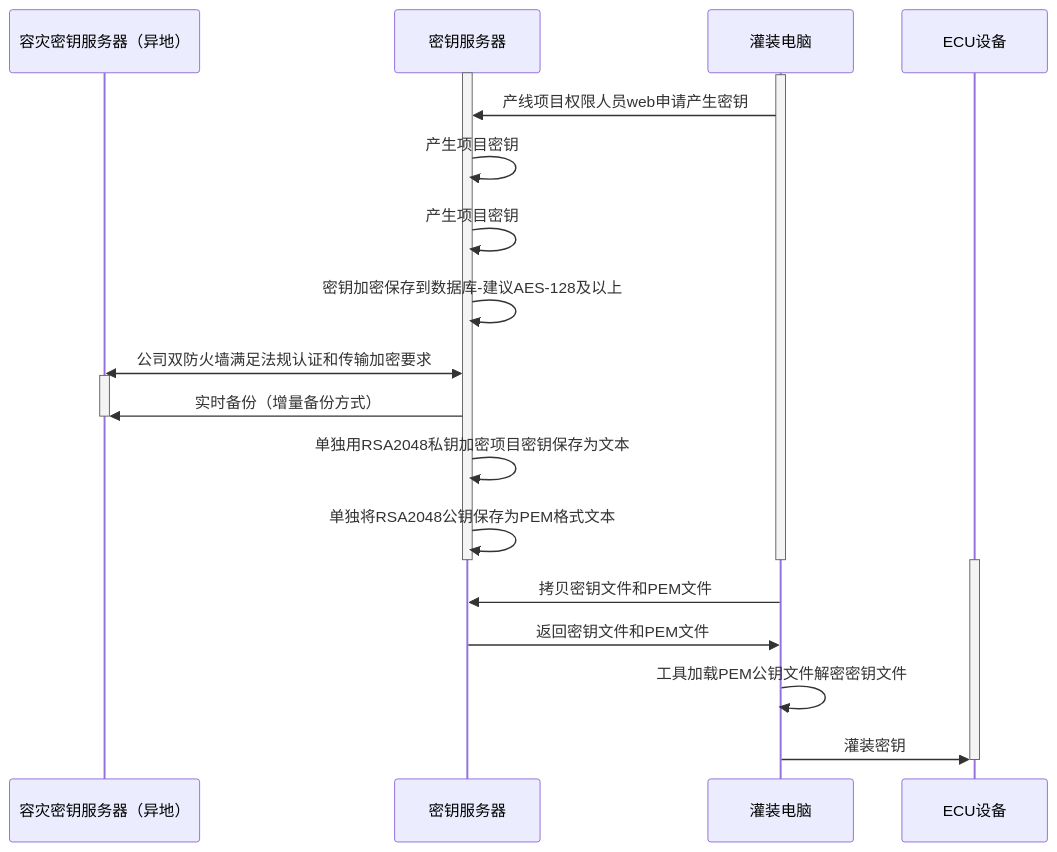
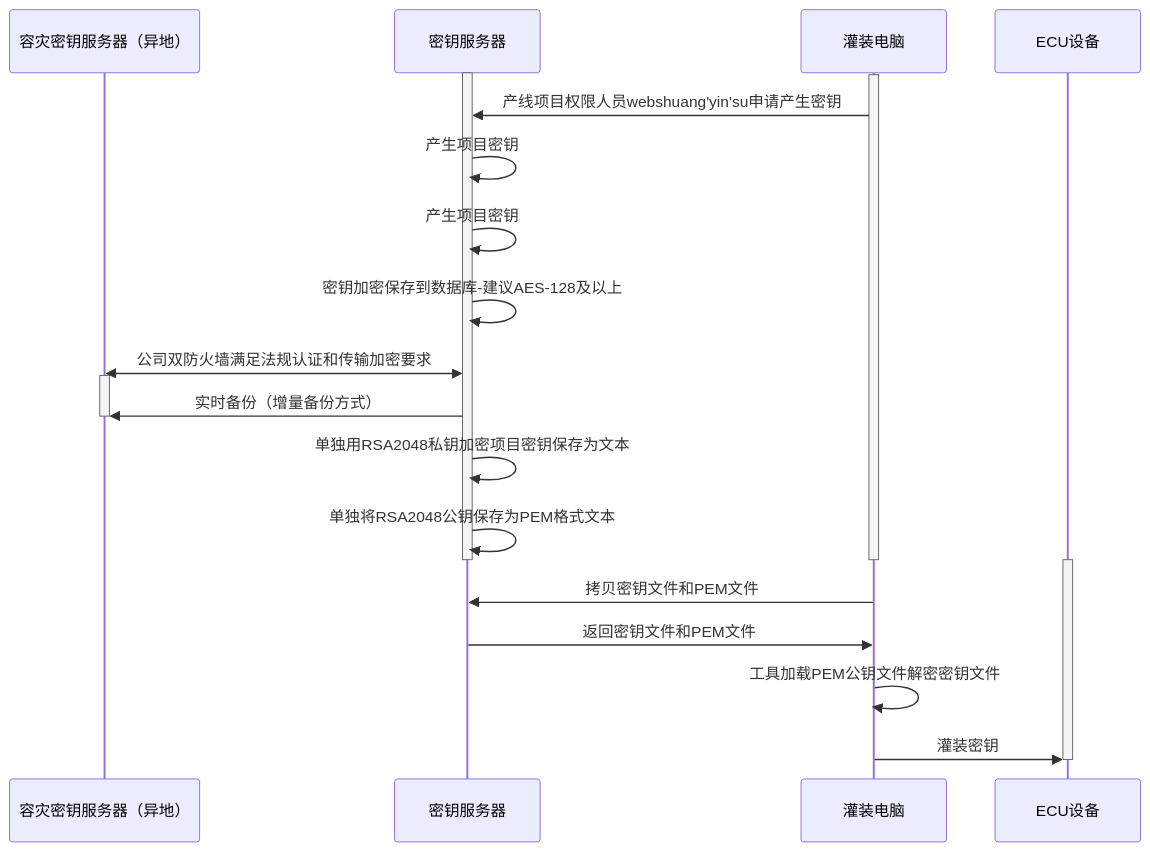
Before and after one commit to facebook-cloud/iodraw-files: the diagram in all/未命名-15.md, drawn with Mermaid.

Commit message:
2026-02-11 19:26:52 update

````diff
--- a/all/未命名-15.md
+++ b/all/未命名-15.md
@@ -1,31 +1,31 @@
 ```mermaid
 sequenceDiagram
     participant A as 容灾密钥服务器（异地）
     participant B as 密钥服务器
     participant D as 灌装电脑
     participant E as ECU设备
 
     activate B
     activate D
-    D->>B: 产线项目权限人员web申请产生密钥
+    D->>B: 产线项目权限人员webshuang'yin'su申请产生密钥
     B->>B: 产生项目密钥
     B->>B: 产生项目密钥
     B->>B: 密钥加密保存到数据库-建议AES-128及以上
     A<<->>B: 公司双防火墙满足法规认证和传输加密要求
 
     activate A
     B->>A: 实时备份（增量备份方式）
     deactivate A
     B->>B: 单独用RSA2048私钥加密项目密钥保存为文本
     B->>B: 单独将RSA2048公钥保存为PEM格式文本
     deactivate B
     deactivate D
 
     activate E
     D->>B: 拷贝密钥文件和PEM文件
     B->>D: 返回密钥文件和PEM文件
     D->>D:工具加载PEM公钥文件解密密钥文件
     D->>E: 灌装密钥
     deactivate E
 
 ```
````
